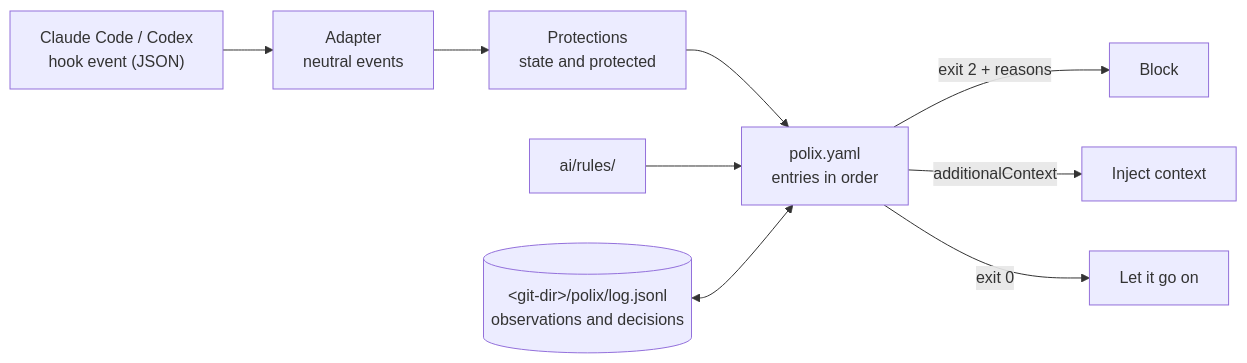
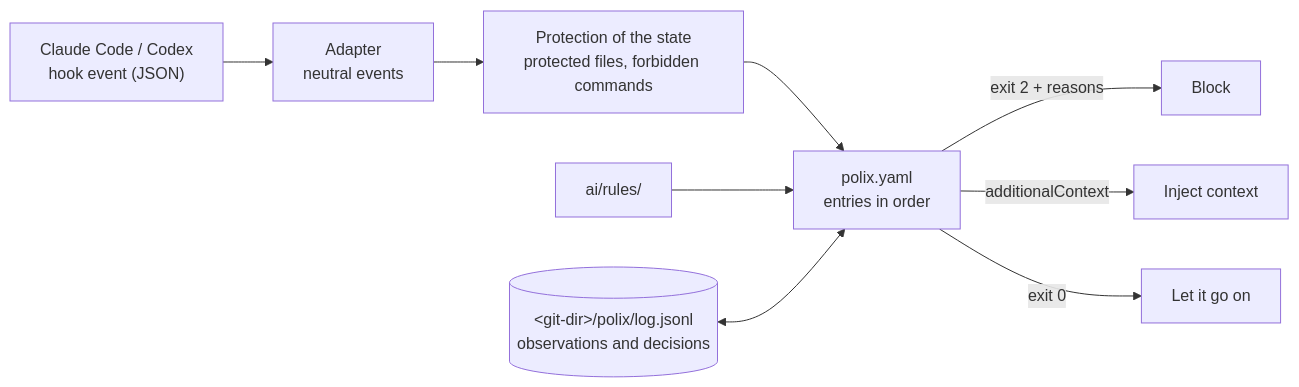
One commit to mlophez/polix-ai changed the diagram in README.md. Above: the diagram before and after it, drawn with Mermaid. The commit also changed other lines of this file and 40 other files, not shown here.

````diff
--- a/README.md
+++ b/README.md
@@ -204,11 +227,11 @@
 ```mermaid
 flowchart LR
   A["Claude Code / Codex<br/>hook event (JSON)"] --> B["Adapter<br/>neutral events"]
-  B --> C["Protections<br/>state and protected"]
+  B --> C["Protection of the state<br/>protected files, forbidden commands"]
   C --> D["polix.yaml<br/>entries in order"]
   R["ai/rules/"] --> D
   S[("&lt;git-dir&gt;/polix/log.jsonl<br/>observations and decisions")] <--> D
   D -->|exit 2 + reasons| X["Block"]
   D -->|additionalContext| Y["Inject context"]
   D -->|exit 0| Z["Let it go on"]
 ```
````
